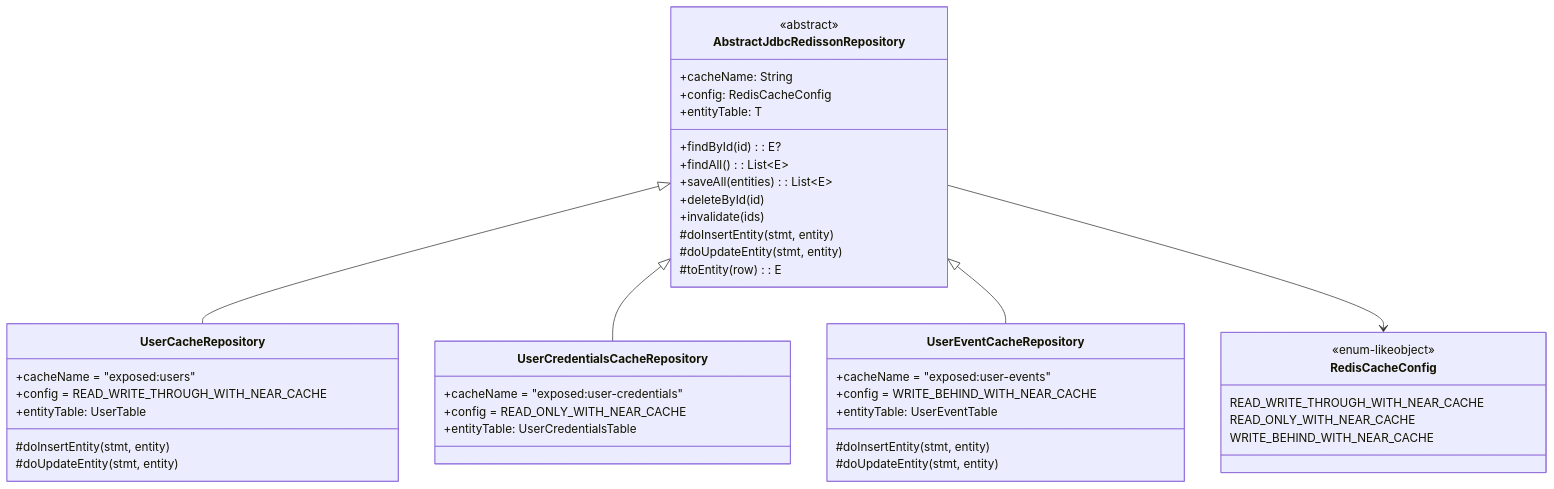
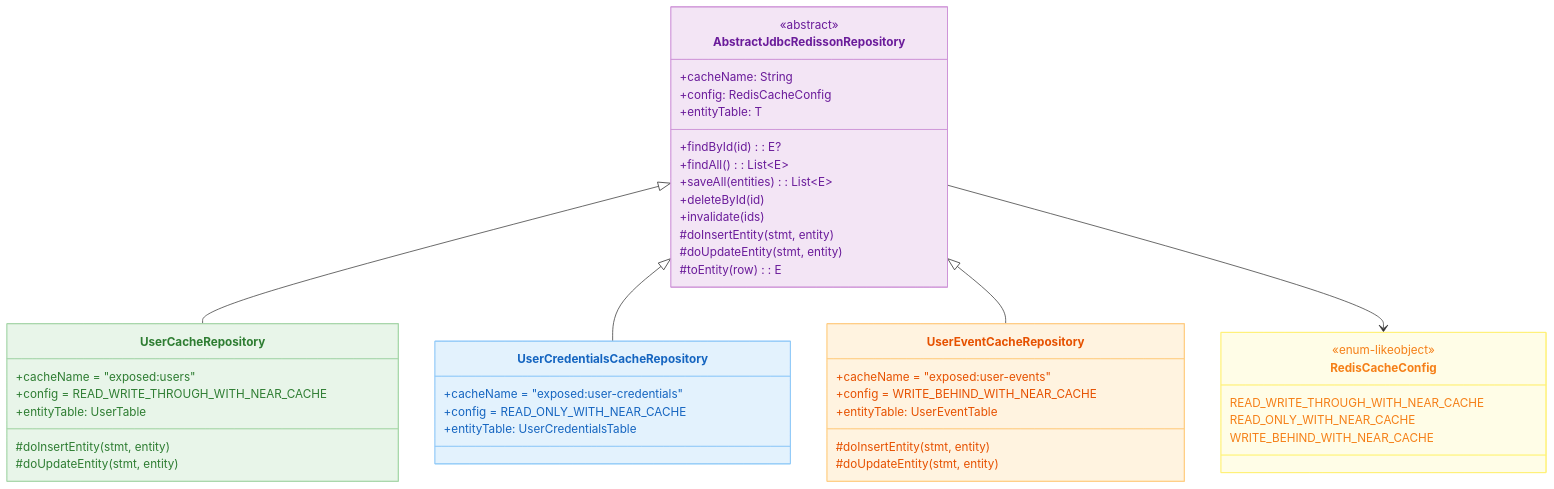
The third of 5 diagrams in 11-high-performance/01-cache-strategies/README.md (bluetape4k/exposed-workshop), drawn with Mermaid before and after one commit. The commit also changed other lines of this file and 56 other files, not shown here.

First line of the commit message:
docs: 전체 README mermaid 다이어그램에 파스텔 톤 색상 적용

````diff
--- a/11-high-performance/01-cache-strategies/README.md
+++ b/11-high-performance/01-cache-strategies/README.md
@@ -104,51 +116,57 @@
 ```mermaid
 classDiagram
     class AbstractJdbcRedissonRepository {
         <<abstract>>
         +cacheName: String
         +config: RedisCacheConfig
         +entityTable: T
         +findById(id): E?
         +findAll(): List~E~
         +saveAll(entities): List~E~
         +deleteById(id)
         +invalidate(ids)
         #doInsertEntity(stmt, entity)
         #doUpdateEntity(stmt, entity)
         #toEntity(row): E
     }
 
     class UserCacheRepository {
         +cacheName = "exposed:users"
         +config = READ_WRITE_THROUGH_WITH_NEAR_CACHE
         +entityTable: UserTable
         #doInsertEntity(stmt, entity)
         #doUpdateEntity(stmt, entity)
     }
 
     class UserCredentialsCacheRepository {
         +cacheName = "exposed:user-credentials"
         +config = READ_ONLY_WITH_NEAR_CACHE
         +entityTable: UserCredentialsTable
     }
 
     class UserEventCacheRepository {
         +cacheName = "exposed:user-events"
         +config = WRITE_BEHIND_WITH_NEAR_CACHE
         +entityTable: UserEventTable
         #doInsertEntity(stmt, entity)
         #doUpdateEntity(stmt, entity)
     }
 
     class RedisCacheConfig {
 <<enum-likeobject>>
 READ_WRITE_THROUGH_WITH_NEAR_CACHE
 READ_ONLY_WITH_NEAR_CACHE
 WRITE_BEHIND_WITH_NEAR_CACHE
 }
 
 AbstractJdbcRedissonRepository <|-- UserCacheRepository
 AbstractJdbcRedissonRepository <|-- UserCredentialsCacheRepository
 AbstractJdbcRedissonRepository <|-- UserEventCacheRepository
 AbstractJdbcRedissonRepository --> RedisCacheConfig
+
+    style AbstractJdbcRedissonRepository fill:#F3E5F5,stroke:#CE93D8,color:#6A1B9A
+    style UserCacheRepository fill:#E8F5E9,stroke:#A5D6A7,color:#2E7D32
+    style UserCredentialsCacheRepository fill:#E3F2FD,stroke:#90CAF9,color:#1565C0
+    style UserEventCacheRepository fill:#FFF3E0,stroke:#FFCC80,color:#E65100
+    style RedisCacheConfig fill:#FFFDE7,stroke:#FFF176,color:#F57F17
 ```
````
